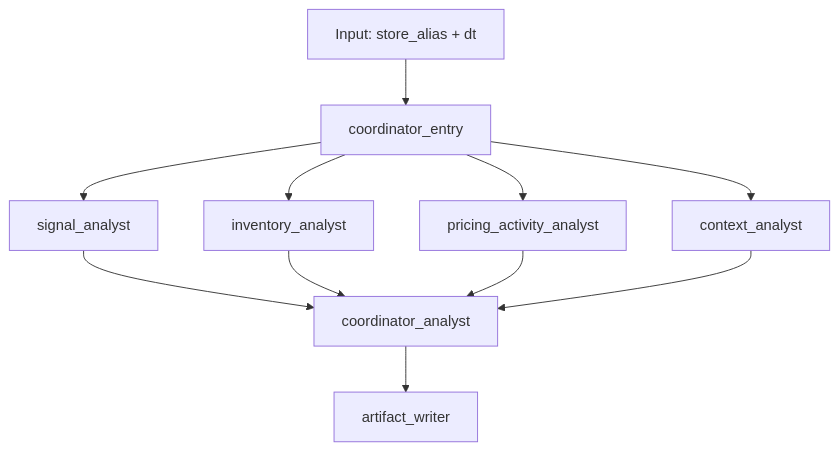
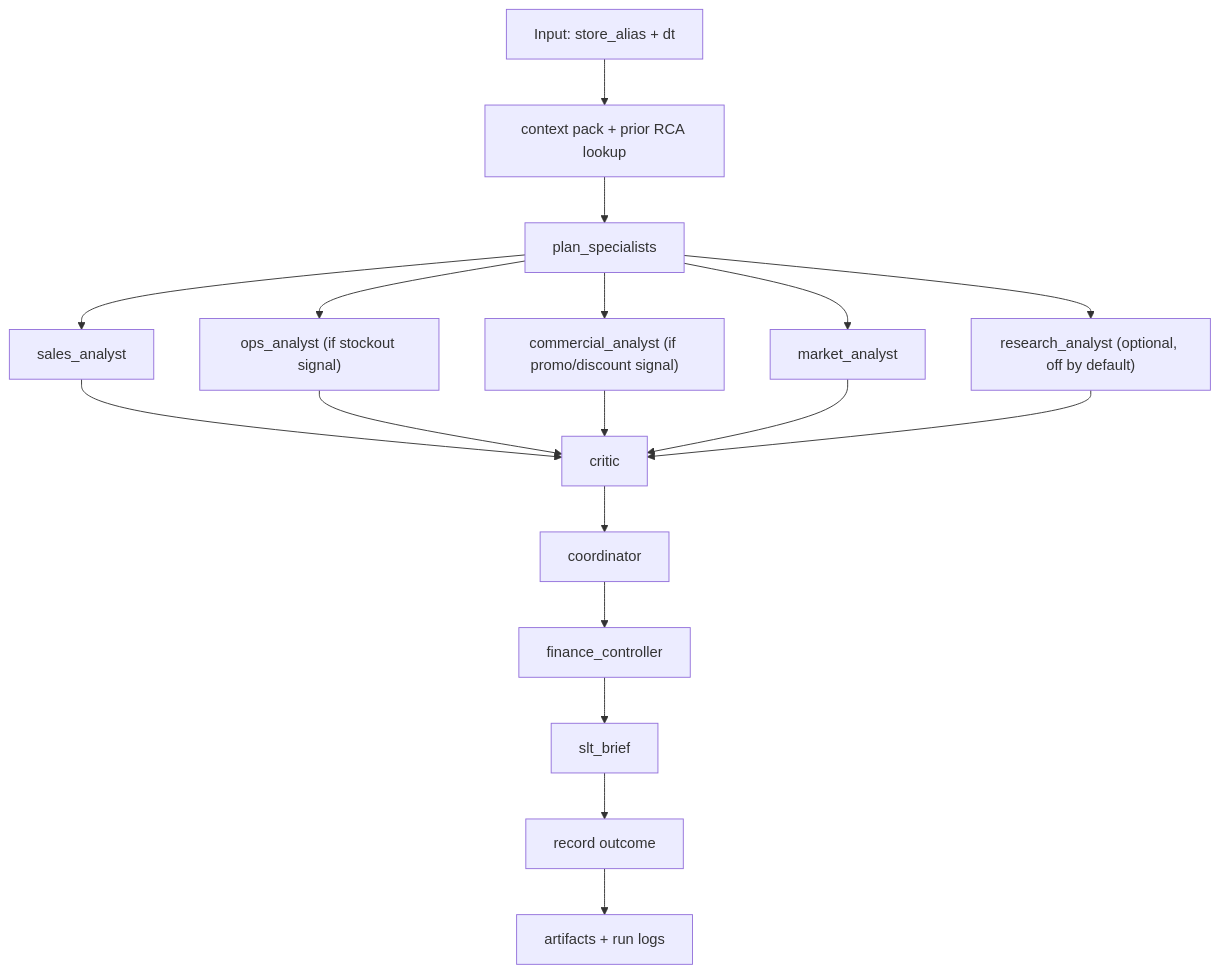
Before and after one commit to chiaweiwoo/retail-insight-agent: the diagram in README.md, drawn with Mermaid. The commit also changed other lines of this file and 7 other files, not shown here.

````diff
--- a/README.md
+++ b/README.md
@@ -34,13 +49,20 @@
 ```mermaid
 flowchart TD
-    A["Input: store_alias + dt"] --> B["coordinator_entry"]
-    B --> C["signal_analyst"]
-    B --> D["inventory_analyst"]
-    B --> E["pricing_activity_analyst"]
-    B --> F["context_analyst"]
-    C --> G["coordinator_analyst"]
-    D --> G
-    E --> G
-    F --> G
-    G --> H["artifact_writer"]
+    A["Input: store_alias + dt"] --> B["context pack + prior RCA lookup"]
+    B --> C["plan_specialists"]
+    C --> D["sales_analyst"]
+    C --> E["ops_analyst (if stockout signal)"]
+    C --> F["commercial_analyst (if promo/discount signal)"]
+    C --> G["market_analyst"]
+    C --> H["research_analyst (optional, off by default)"]
+    D --> I["critic"]
+    E --> I
+    F --> I
+    G --> I
+    H --> I
+    I --> J["coordinator"]
+    J --> K["finance_controller"]
+    K --> L["slt_brief"]
+    L --> M["record outcome"]
+    M --> N["artifacts + run logs"]
 ```
````
